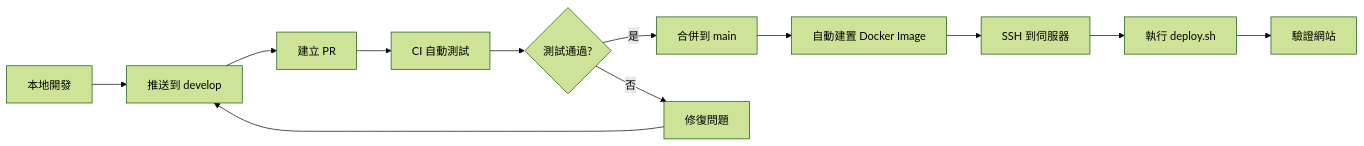
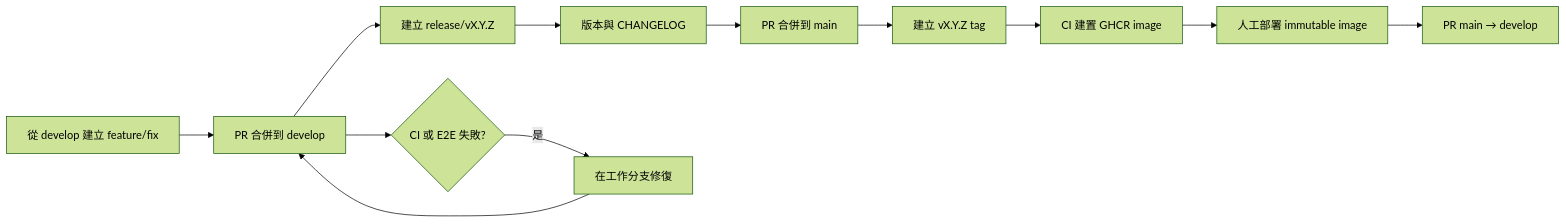
One commit to hmj1026/lin_blog changed the diagram in docs/workflow.md. Above: the diagram before and after it, drawn with Mermaid (forest theme). The commit also changed other lines of this file and 4 other files, not shown here.

Commit message:
docs(release): 導入 PR 驅動 Git Flow 發布流程並更新相關指南

````diff
--- a/docs/workflow.md
+++ b/docs/workflow.md
@@ -23,14 +23,14 @@
 ```mermaid
 graph LR
-    A[本地開發] --> B[推送到 develop]
-    B --> C[建立 PR]
-    C --> D[CI 自動測試]
-    D --> E{測試通過?}
-    E -->|是| F[合併到 main]
-    E -->|否| G[修復問題]
-    G --> B
-    F --> H[自動建置 Docker Image]
-    H --> I[SSH 到伺服器]
-    I --> J[執行 deploy.sh]
-    J --> K[驗證網站]
+    A[從 develop 建立 feature/fix] --> B[PR 合併到 develop]
+    B --> C[建立 release/vX.Y.Z]
+    C --> D[版本與 CHANGELOG]
+    D --> E[PR 合併到 main]
+    E --> F[建立 vX.Y.Z tag]
+    F --> G[CI 建置 GHCR image]
+    G --> H[人工部署 immutable image]
+    H --> I[PR main → develop]
+    B --> J{CI 或 E2E 失敗?}
+    J -->|是| K[在工作分支修復]
+    K --> B
 ```
````
